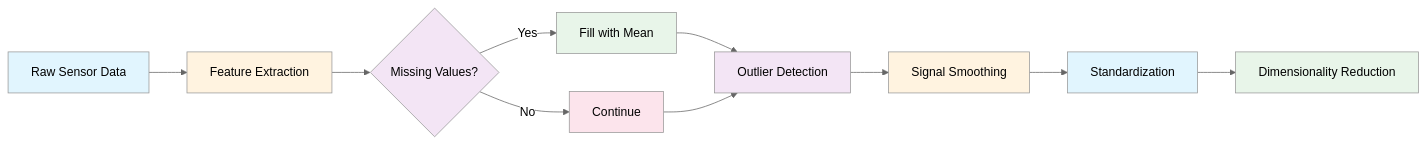
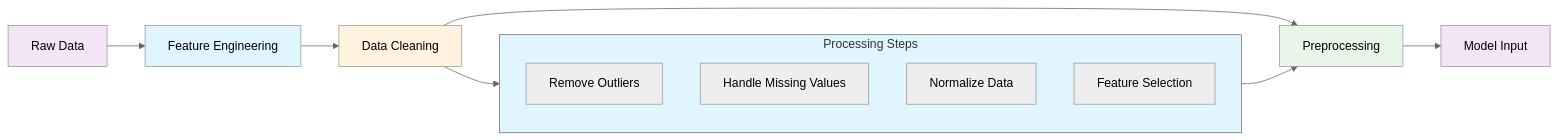
Before and after one commit to khairul-me/Enhanced-Sonar-Sensor-Accuracy-using-Machine-Learning: the third of 8 diagrams in README.md, drawn with Mermaid (neutral theme). The commit also changed other lines of this file, not shown here.

````diff
--- a/README.md
+++ b/README.md
@@ -85,22 +76,24 @@
 ```mermaid
 flowchart LR
-    A[Raw Sensor Data] --> B[Feature Extraction]
-    B --> C{Missing Values?}
-    C -->|Yes| D[Fill with Mean]
-    C -->|No| E[Continue]
-    D --> F[Outlier Detection]
-    E --> F
-    F --> G[Signal Smoothing]
-    G --> H[Standardization]
-    H --> I[Dimensionality Reduction]
+    A[Raw Data] --> B[Feature Engineering]
+    B --> C[Data Cleaning]
+    C --> D[Preprocessing]
+    D --> E[Model Input]
     
-    style A fill:#e1f5fe
-    style B fill:#fff3e0
-    style C fill:#f3e5f5
+    subgraph Processing["Processing Steps"]
+        F[Remove Outliers]
+        G[Handle Missing Values]
+        H[Normalize Data]
+        I[Feature Selection]
+    end
+    
+    C --> Processing
+    Processing --> D
+    
+    style A fill:#f3e5f5
+    style B fill:#e1f5fe
+    style C fill:#fff3e0
     style D fill:#e8f5e9
-    style E fill:#fce4ec
-    style F fill:#f3e5f5
-    style G fill:#fff3e0
-    style H fill:#e1f5fe
-    style I fill:#e8f5e9
+    style E fill:#f3e5f5
+    style Processing fill:#e1f5fe
 ```
````
